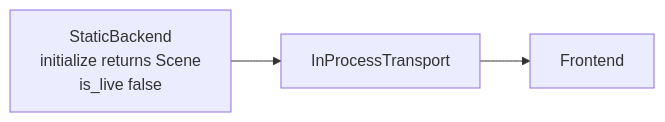
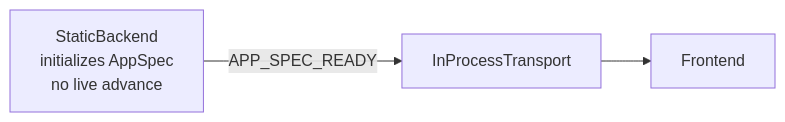
One commit to orrenravid1/CompartmentalNeuronGUI changed diagram 16 of 19 in docs/architecture/design/proposals/backend-transport-frontend-proposal.md. Above: the diagram before and after it, drawn with Mermaid. The commit also changed other lines of this file and 6 other files, not shown here.

````diff
--- a/docs/architecture/design/proposals/backend-transport-frontend-proposal.md
+++ b/docs/architecture/design/proposals/backend-transport-frontend-proposal.md
@@ -1158,8 +1419,8 @@
 ```mermaid
 flowchart LR
-    StaticBackend[StaticBackend<br/>initialize returns Scene<br/>is_live false]
+    StaticBackend[StaticBackend<br/>initializes AppSpec<br/>no live advance]
     Transport[InProcessTransport]
     Frontend[Frontend]
 
-    StaticBackend --> Transport --> Frontend
+    StaticBackend -->|APP_SPEC_READY| Transport --> Frontend
 ```
````
